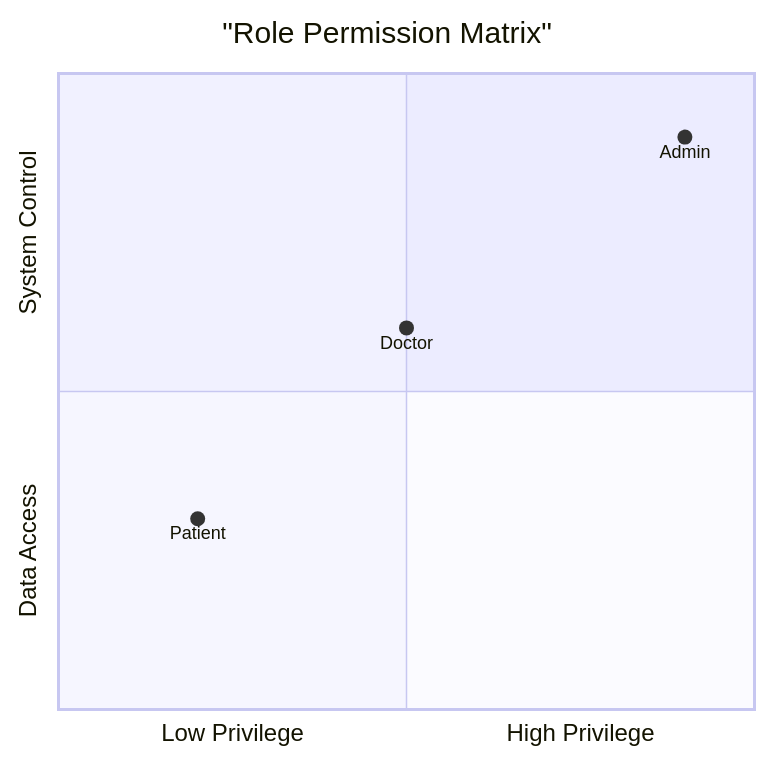
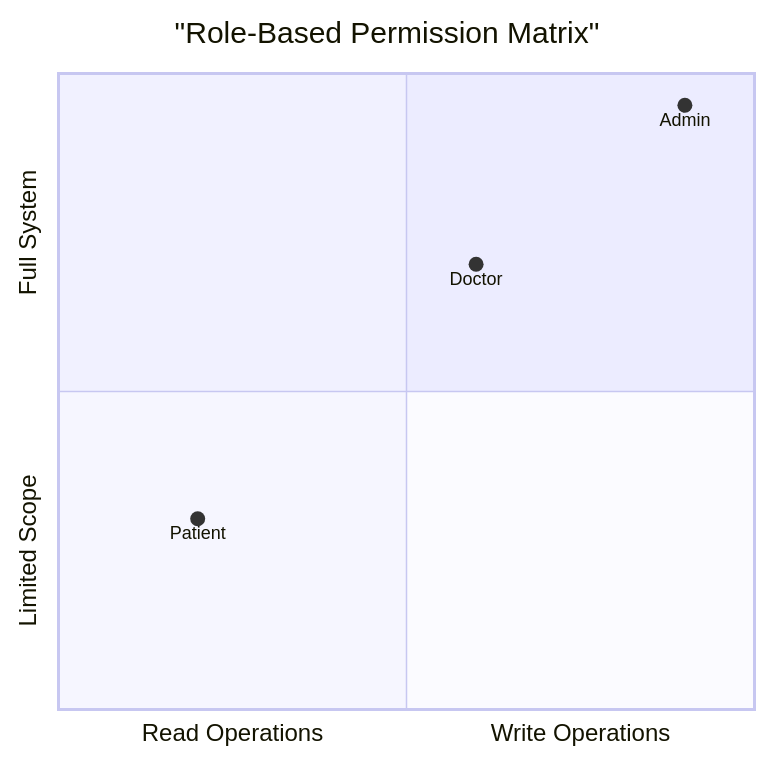
One commit to ZiadMahmoud2003/hospital-management-rbac changed the third of 11 diagrams in README.md. Above: the diagram before and after it, drawn with Mermaid. The commit also changed other lines of this file, not shown here.

````diff
--- a/README.md
+++ b/README.md
@@ -184,9 +185,9 @@
 ```mermaid
 quadrantChart
-    title "Role Permission Matrix"
-    x-axis "Low Privilege" --> "High Privilege"
-    y-axis "Data Access" --> "System Control"
+    title "Role-Based Permission Matrix"
+    x-axis "Read Operations" --> "Write Operations"
+    y-axis "Limited Scope" --> "Full System"
     "Patient": [0.2, 0.3]
-    "Doctor": [0.5, 0.6]
-    "Admin": [0.9, 0.9]
+    "Doctor": [0.6, 0.7]
+    "Admin": [0.9, 0.95]
 ```
````
